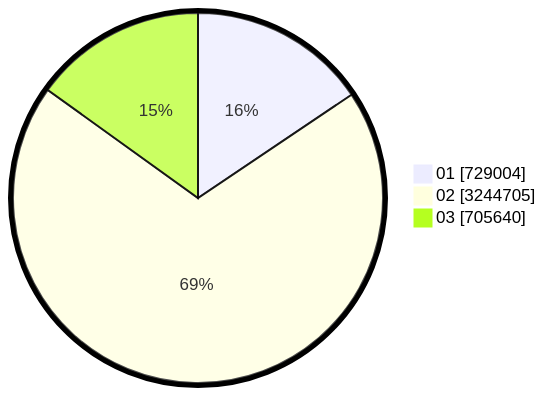
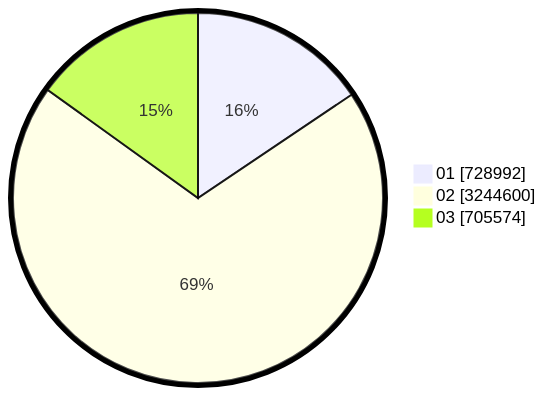
The second of 2 diagrams in pilpres/hitung-suara/sub/table-wilayah-18.md (gigit-pemilu/pemilu-2024), drawn with Mermaid before and after one commit. The commit also changed other lines of this file and 11 other files, not shown here.

````diff
--- a/pilpres/hitung-suara/sub/table-wilayah-18.md
+++ b/pilpres/hitung-suara/sub/table-wilayah-18.md
@@ -15,7 +15,7 @@
 ```mermaid
 %%{init: {"pie": {"textPosition": 0.5}, "themeVariables": {"pieOuterStrokeWidth": "5px"}} }%%
 pie showData
-    "01" : 729004
-    "02" : 3244705
-    "03" : 705640
+    "01" : 728992
+    "02" : 3244600
+    "03" : 705574
 ```
````
